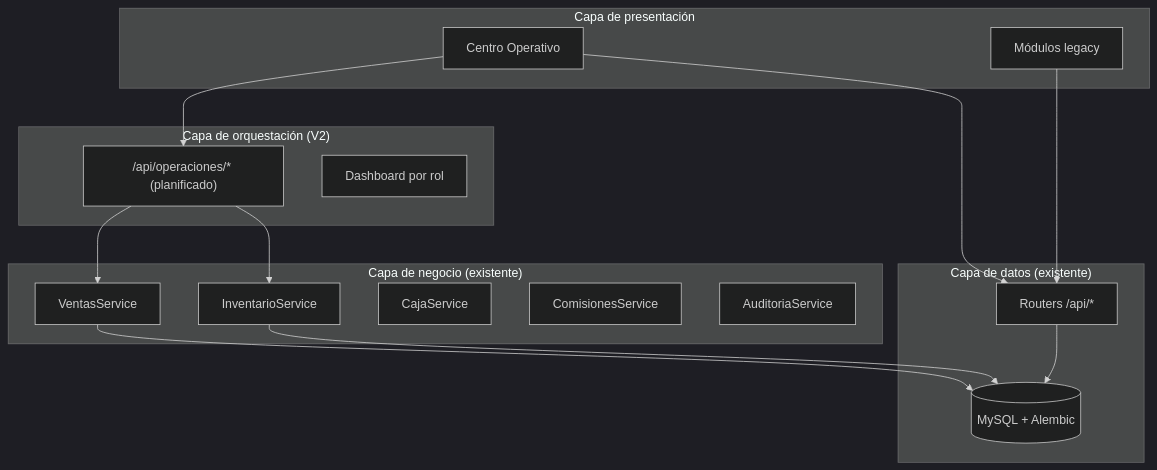
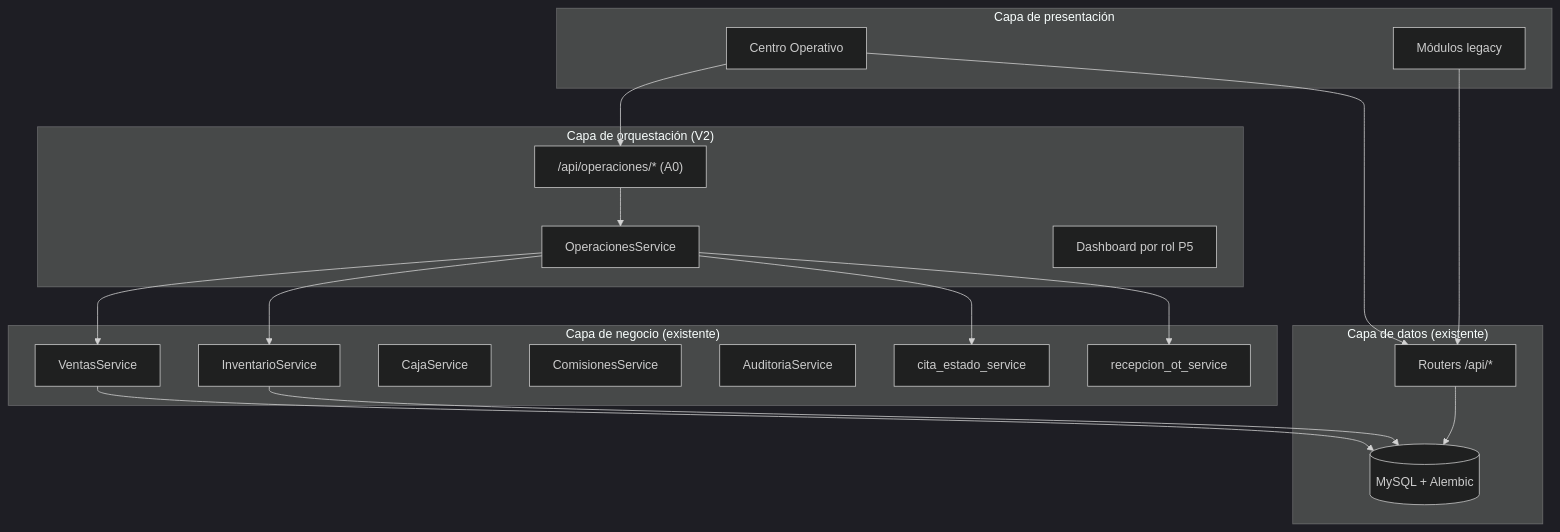
The diagram in docs/ARQUITECTURA_OPERATIVA_V2.md (RamonRabago/medina_autodiag), drawn with Mermaid (dark theme) before and after one commit. The commit also changed other lines of this file and 8 other files, not shown here.

````diff
--- a/docs/ARQUITECTURA_OPERATIVA_V2.md
+++ b/docs/ARQUITECTURA_OPERATIVA_V2.md
@@ -23,34 +23,40 @@
 ```mermaid
 flowchart TB
   subgraph Presentacion["Capa de presentación"]
     CO[Centro Operativo]
     MOD[Módulos legacy]
   end
 
   subgraph Orquestacion["Capa de orquestación (V2)"]
-    OP["/api/operaciones/* (planificado)"]
-    DS[Dashboard por rol]
+    OP["/api/operaciones/* (A0)"]
+    OS[OperacionesService]
+    DS[Dashboard por rol P5]
   end
 
   subgraph Negocio["Capa de negocio (existente)"]
     VS[VentasService]
     IS[InventarioService]
     CS[CajaService]
     COS[ComisionesService]
     AS[AuditoriaService]
+    CES[cita_estado_service]
+    ROS[recepcion_ot_service]
   end
 
   subgraph Datos["Capa de datos (existente)"]
     API[Routers /api/*]
     BD[(MySQL + Alembic)]
   end
 
   CO --> OP
   CO --> API
   MOD --> API
-  OP --> VS
-  OP --> IS
+  OP --> OS
+  OS --> VS
+  OS --> IS
+  OS --> CES
+  OS --> ROS
   API --> BD
   VS --> BD
   IS --> BD
 ```
````
